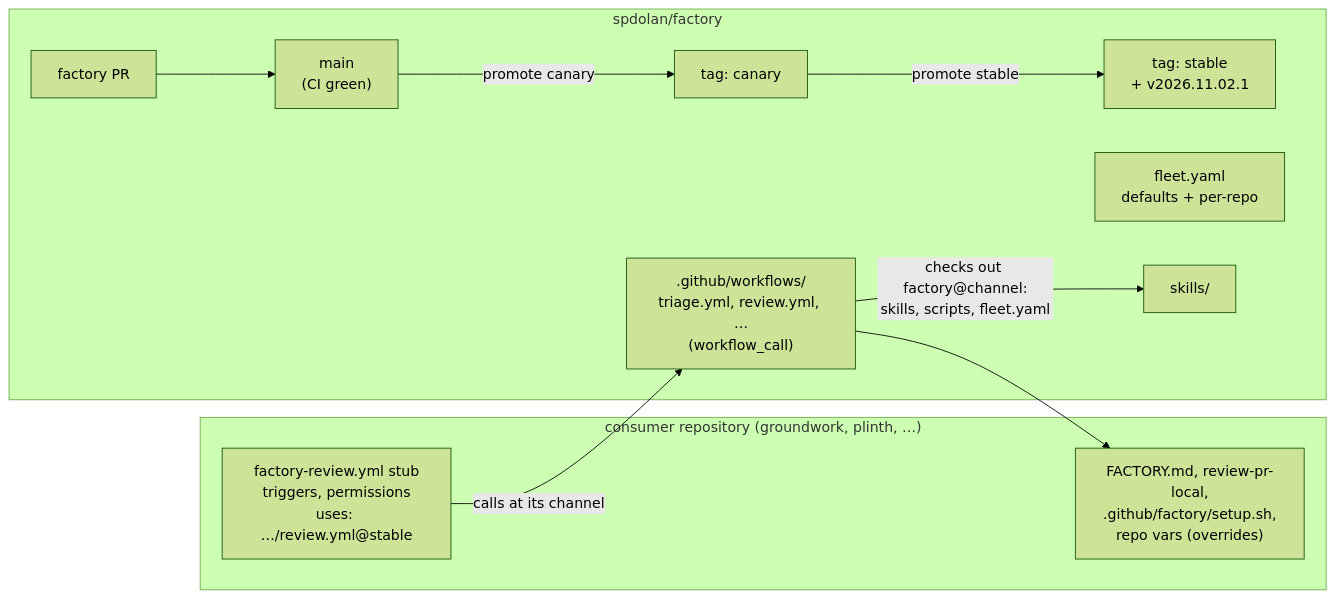
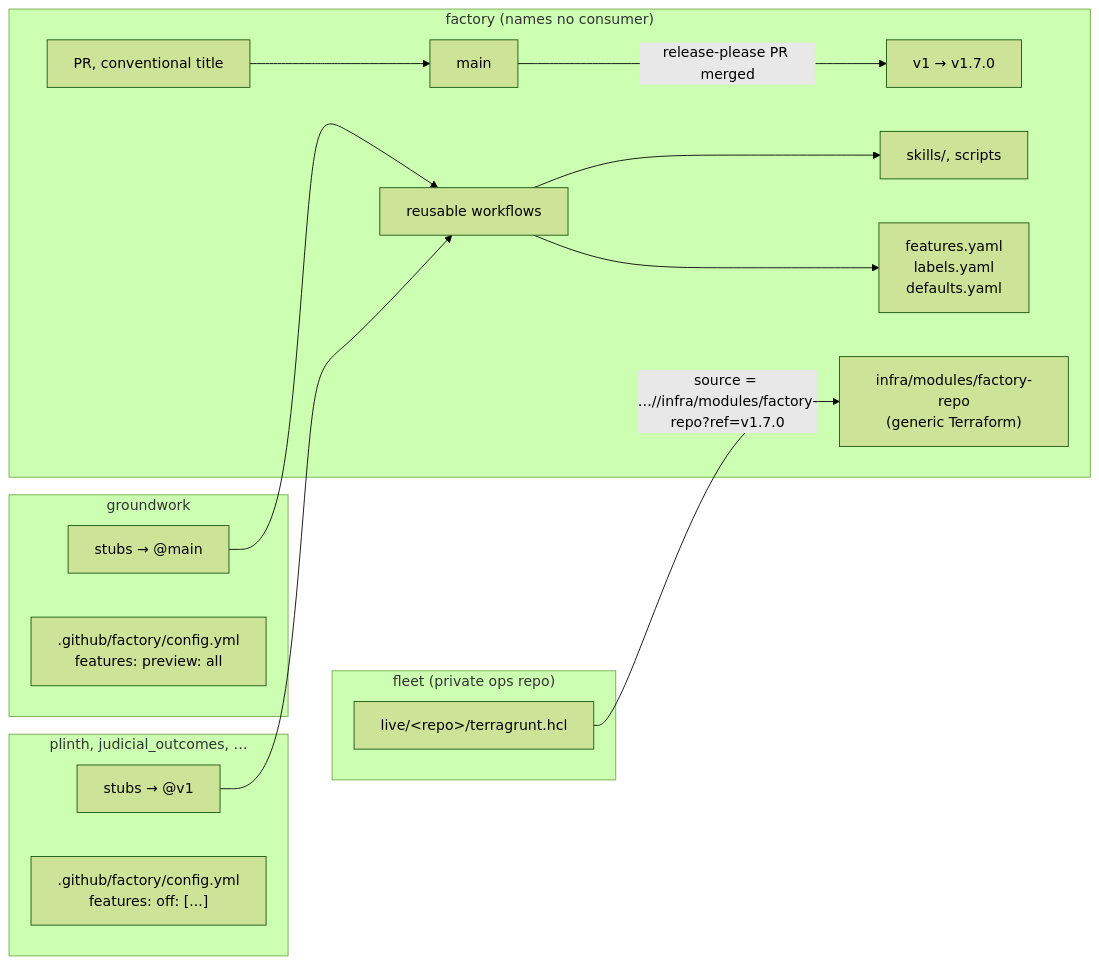
One commit to spdolan/factory changed the diagram in docs/rollout.md. Above: the diagram before and after it, drawn with Mermaid (forest theme). The commit also changed other lines of this file and 1 other file, not shown here.

First line of the commit message:
docs(rollout): second draft after independent review

````diff
--- a/docs/rollout.md
+++ b/docs/rollout.md
@@ -34,18 +36,27 @@
 ```mermaid
 flowchart LR
-  subgraph factory["spdolan/factory"]
-    PR["factory PR"] --> Main["main<br/>(CI green)"]
-    Main -->|"promote canary"| Canary["tag: canary"]
-    Canary -->|"promote stable"| Stable["tag: stable<br/>+ v2026.11.02.1"]
-    Fleet["fleet.yaml<br/>defaults + per-repo"]
-    RW[".github/workflows/<br/>triage.yml, review.yml, …<br/>(workflow_call)"]
-    Skills["skills/"]
+  subgraph factory["factory (names no consumer)"]
+    PR["PR, conventional title"] --> Main["main"]
+    Main -->|"release-please PR merged"| V1["v1 → v1.7.0"]
+    RW["reusable workflows"]
+    Skills["skills/, scripts"]
+    Flags["features.yaml<br/>labels.yaml<br/>defaults.yaml"]
+    Mod["infra/modules/factory-repo<br/>(generic Terraform)"]
   end
-  subgraph consumer["consumer repository (groundwork, plinth, …)"]
-    Stub["factory-review.yml stub<br/>triggers, permissions<br/>uses: …/review.yml@stable"]
-    Local["FACTORY.md, review-pr-local,<br/>.github/factory/setup.sh,<br/>repo vars (overrides)"]
+  subgraph gw["groundwork"]
+    GWStub["stubs → @main"]
+    GWCfg[".github/factory/config.yml<br/>features: preview: all"]
   end
-  Stub -->|"calls at its channel"| RW
-  RW -->|"checks out factory@channel:<br/>skills, scripts, fleet.yaml"| Skills
-  RW --> Local
+  subgraph other["plinth, judicial_outcomes, …"]
+    Stub["stubs → @v1"]
+    Cfg[".github/factory/config.yml<br/>features: off: [...]"]
+  end
+  subgraph fleet["fleet (private ops repo)"]
+    Live["live/&lt;repo&gt;/terragrunt.hcl"]
+  end
+  GWStub --> RW
+  Stub --> RW
+  RW --> Skills
+  RW --> Flags
+  Live -->|"source = …//infra/modules/factory-repo?ref=v1.7.0"| Mod
 ```
````
